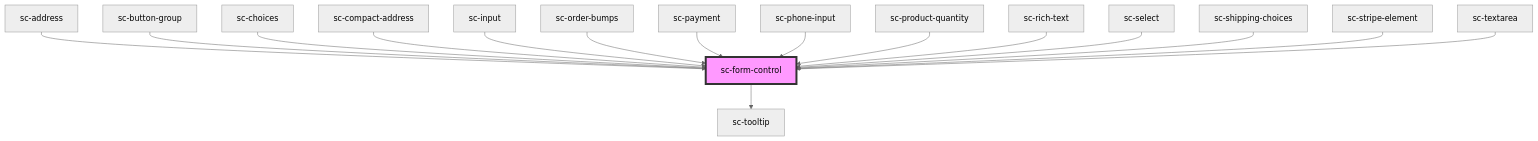
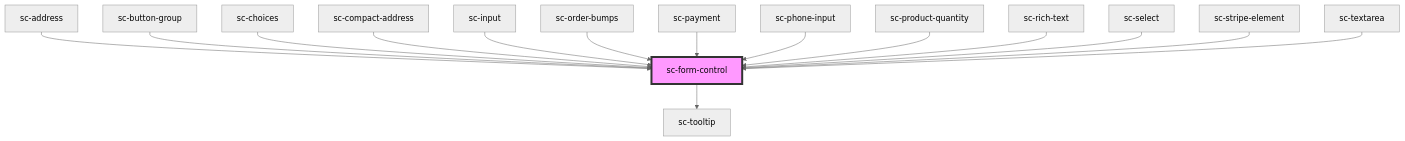
The diagram in packages/components/src/components/ui/form-control/readme.md (surecart/surecart-wp-plugin), drawn with Mermaid (neutral theme) before and after one commit. The commit also changed other lines of this file and 17 other files, not shown here.

````diff
--- a/packages/components/src/components/ui/form-control/readme.md
+++ b/packages/components/src/components/ui/form-control/readme.md
@@ -59,19 +58,18 @@
 ```mermaid
 graph TD;
   sc-form-control --> sc-tooltip
   sc-address --> sc-form-control
   sc-button-group --> sc-form-control
   sc-choices --> sc-form-control
   sc-compact-address --> sc-form-control
   sc-input --> sc-form-control
   sc-order-bumps --> sc-form-control
   sc-payment --> sc-form-control
   sc-phone-input --> sc-form-control
   sc-product-quantity --> sc-form-control
   sc-rich-text --> sc-form-control
   sc-select --> sc-form-control
-  sc-shipping-choices --> sc-form-control
   sc-stripe-element --> sc-form-control
   sc-textarea --> sc-form-control
   style sc-form-control fill:#f9f,stroke:#333,stroke-width:4px
 ```
````
